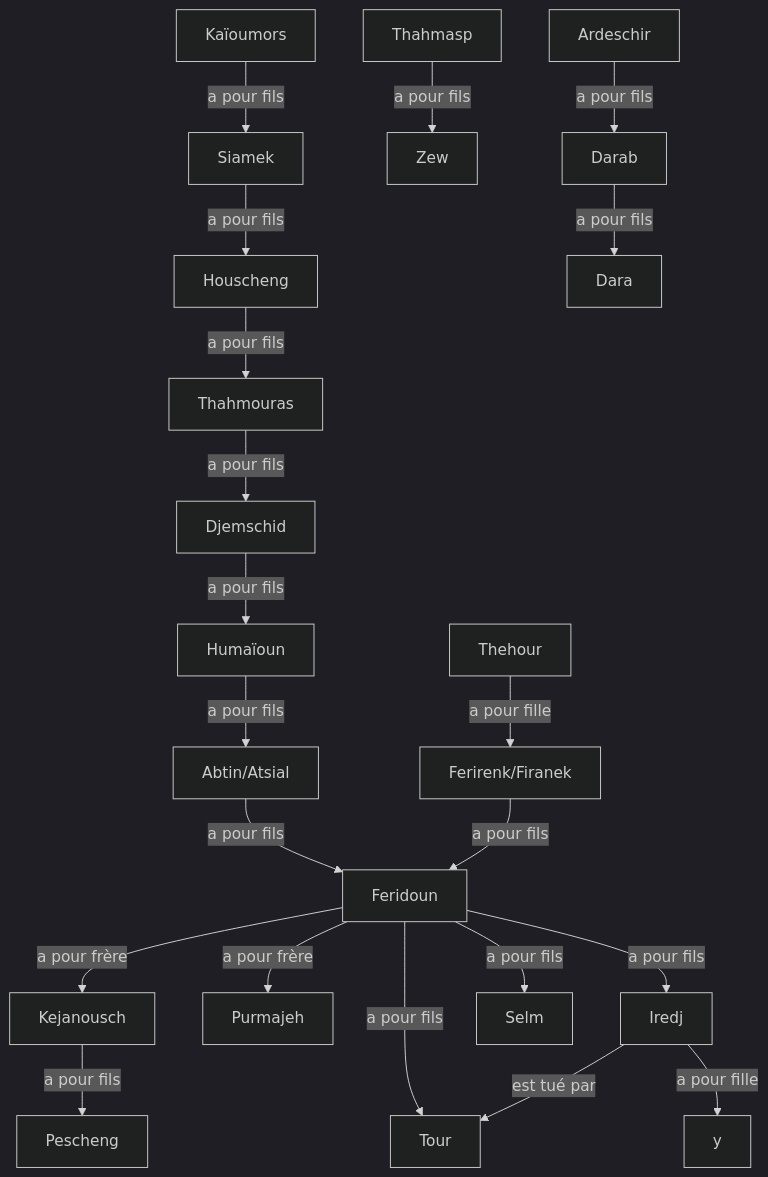
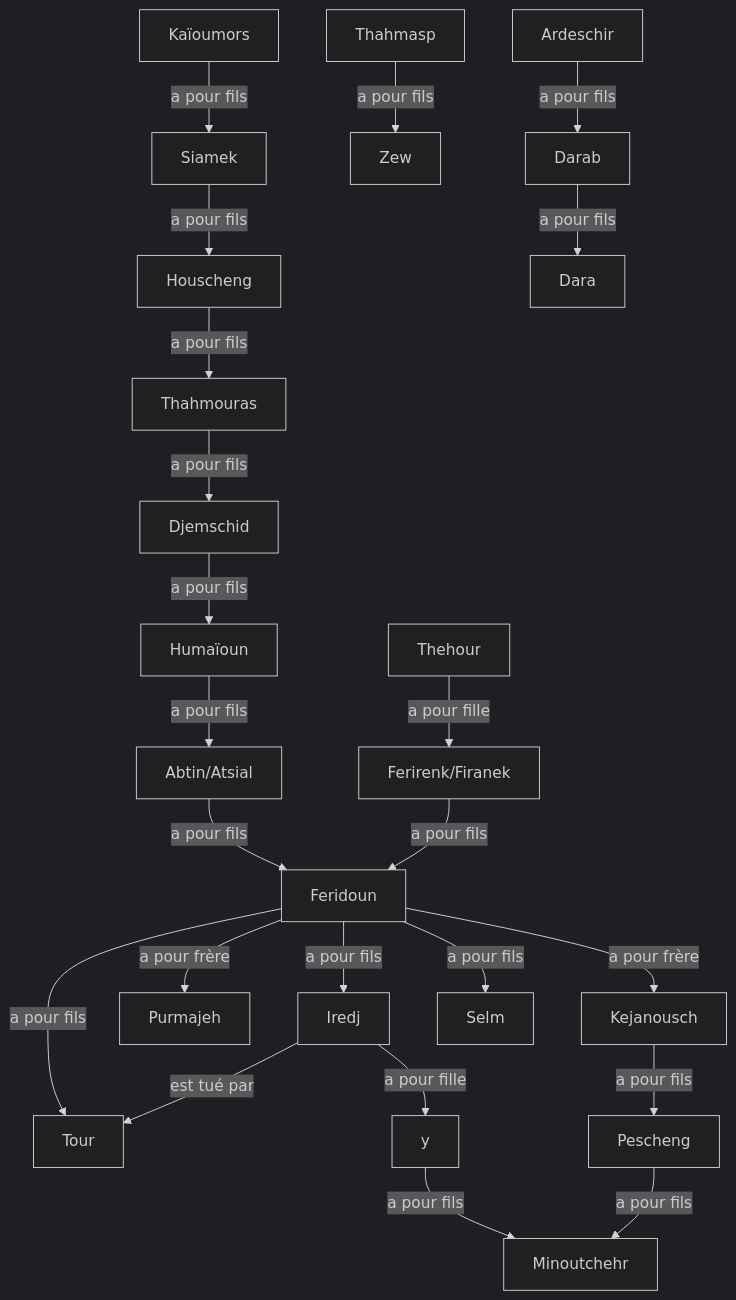
Before and after one commit to hdorgeval/le-livre-des-rois: the diagram in src/graphs/kaioumors/kaioumors.mmd, drawn with Mermaid (dark theme).

Commit message:
feat(kaioumors): update genealogy graph

```diff
--- a/src/graphs/kaioumors/kaioumors.mmd
+++ b/src/graphs/kaioumors/kaioumors.mmd
@@ -1,21 +1,23 @@
 graph TD
 Kaïoumors --a pour fils--> Siamek
 Siamek --a pour fils--> Houscheng
 Houscheng --a pour fils--> Thahmouras
 Thahmouras --a pour fils--> Djemschid
 Djemschid --a pour fils--> Humaïoun
 Humaïoun --a pour fils-->Abtin/Atsial
 Abtin/Atsial --a pour fils--> Feridoun
 Thehour --a pour fille--> Ferirenk/Firanek
 Ferirenk/Firanek --a pour fils--> Feridoun
 Feridoun --a pour frère--> Kejanousch
 Feridoun --a pour frère--> Purmajeh
 Thahmasp --a pour fils--> Zew
 Ardeschir --a pour fils--> Darab
 Darab --a pour fils--> Dara
 Feridoun --a pour fils-->Iredj
 Feridoun --a pour fils-->Tour
 Feridoun --a pour fils-->Selm
 Iredj --est tué par--> Tour
 Kejanousch --a pour fils-->Pescheng
 Iredj --a pour fille--> y
+y --a pour fils--> Minoutchehr
+Pescheng --a pour fils--> Minoutchehr
```
